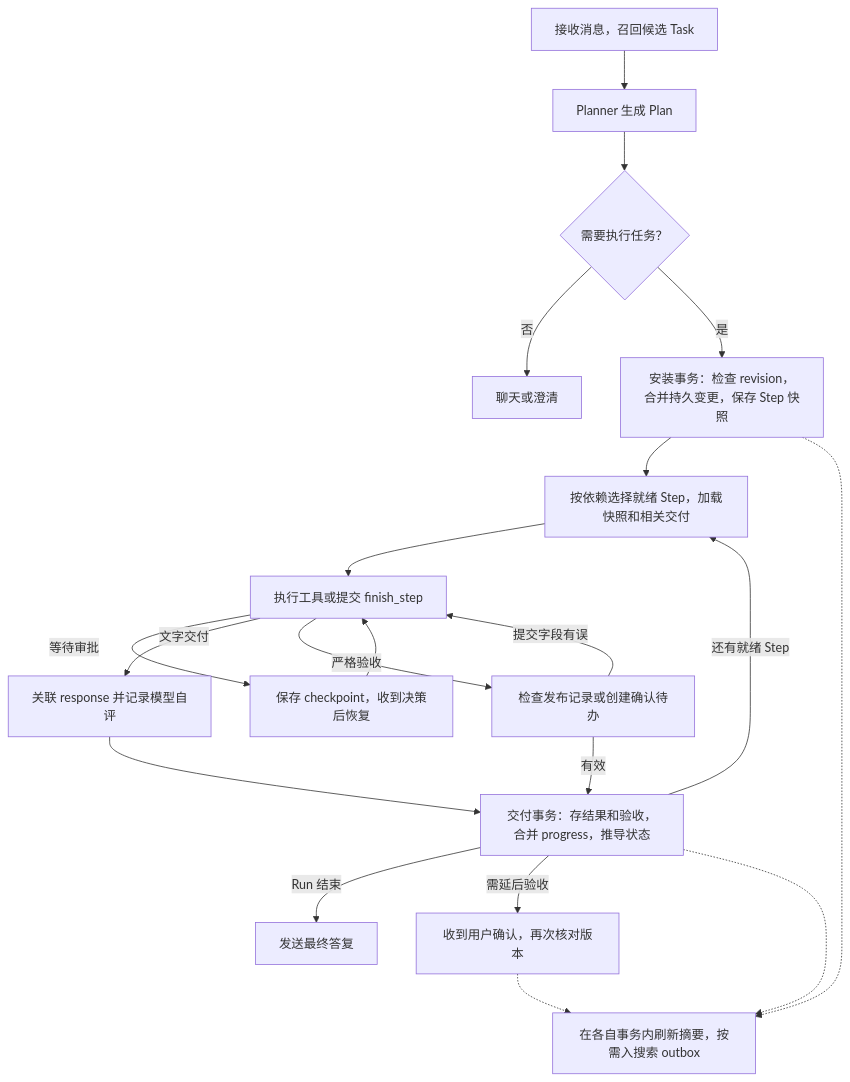
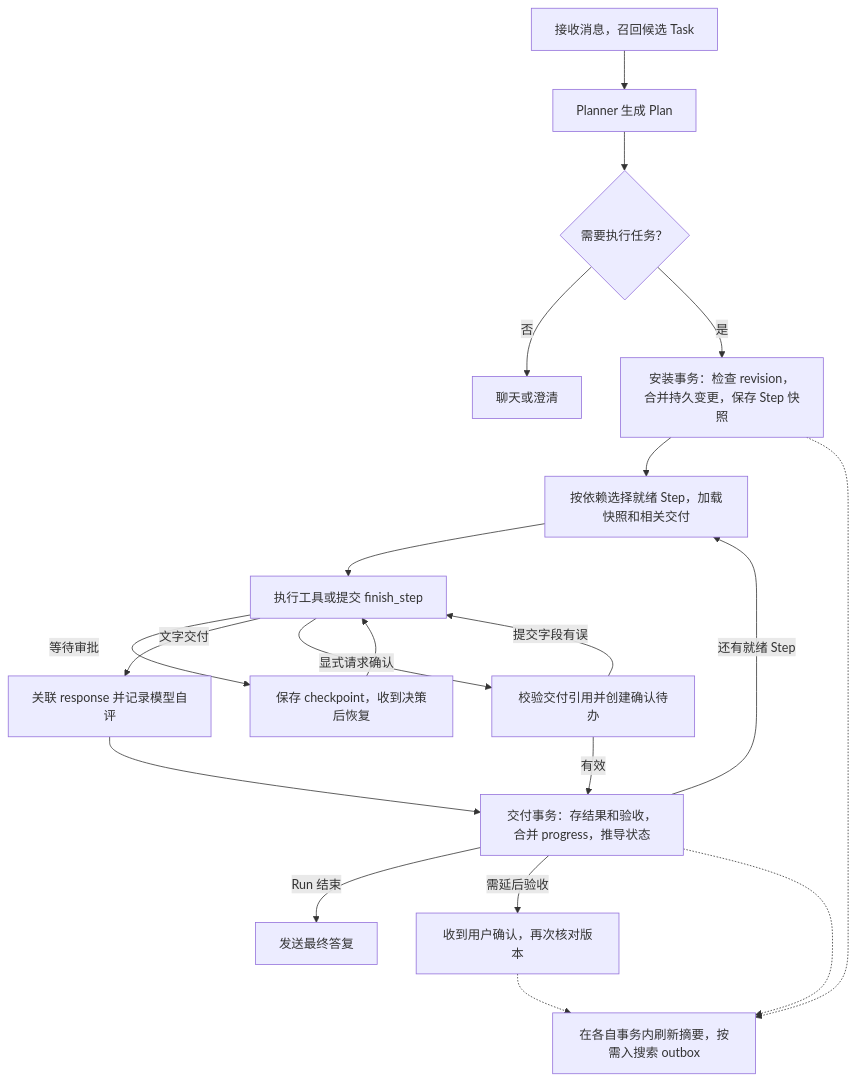
One commit to artoriasxpf/artorias-assistant changed the first of 2 diagrams in docs/design/task_memory.md. Above: the diagram before and after it, drawn with Mermaid. The commit also changed other lines of this file and 8 other files, not shown here.

````diff
--- a/docs/design/task_memory.md
+++ b/docs/design/task_memory.md
@@ -148,22 +146,22 @@
 ```mermaid
 flowchart TD
     A["接收消息，召回候选 Task"] --> B["Planner 生成 Plan"]
     B --> C{"需要执行任务？"}
     C -->|否| D["聊天或澄清"]
     C -->|是| E["安装事务：检查 revision，合并持久变更，保存 Step 快照"]
     E --> F["按依赖选择就绪 Step，加载快照和相关交付"]
     F --> G["执行工具或提交 finish_step"]
     G -->|等待审批| H["保存 checkpoint，收到决策后恢复"]
     H --> G
     G -->|文字交付| N["关联 response 并记录模型自评"]
     N --> J
-    G -->|严格验收| I["检查发布记录或创建确认待办"]
+    G -->|显式请求确认| I["校验交付引用并创建确认待办"]
     I -->|提交字段有误| G
     I -->|有效| J["交付事务：存结果和验收，合并 progress，推导状态"]
     J -->|还有就绪 Step| F
     J -->|Run 结束| K["发送最终答复"]
     J -->|需延后验收| L["收到用户确认，再次核对版本"]
     E -.-> M["在各自事务内刷新摘要，按需入搜索 outbox"]
     J -.-> M
     L -.-> M
 ```
````
